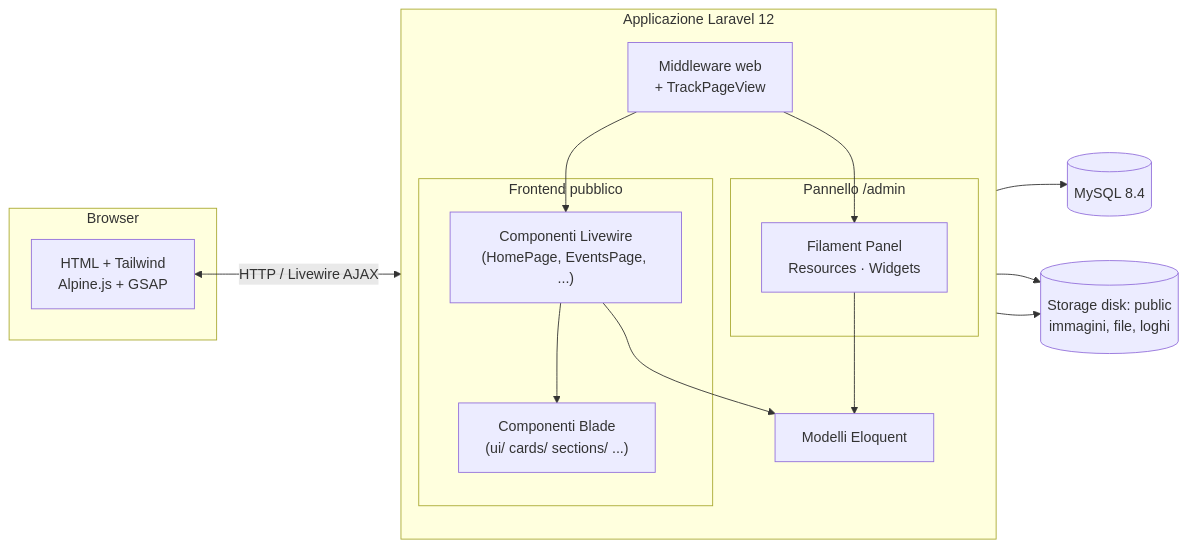
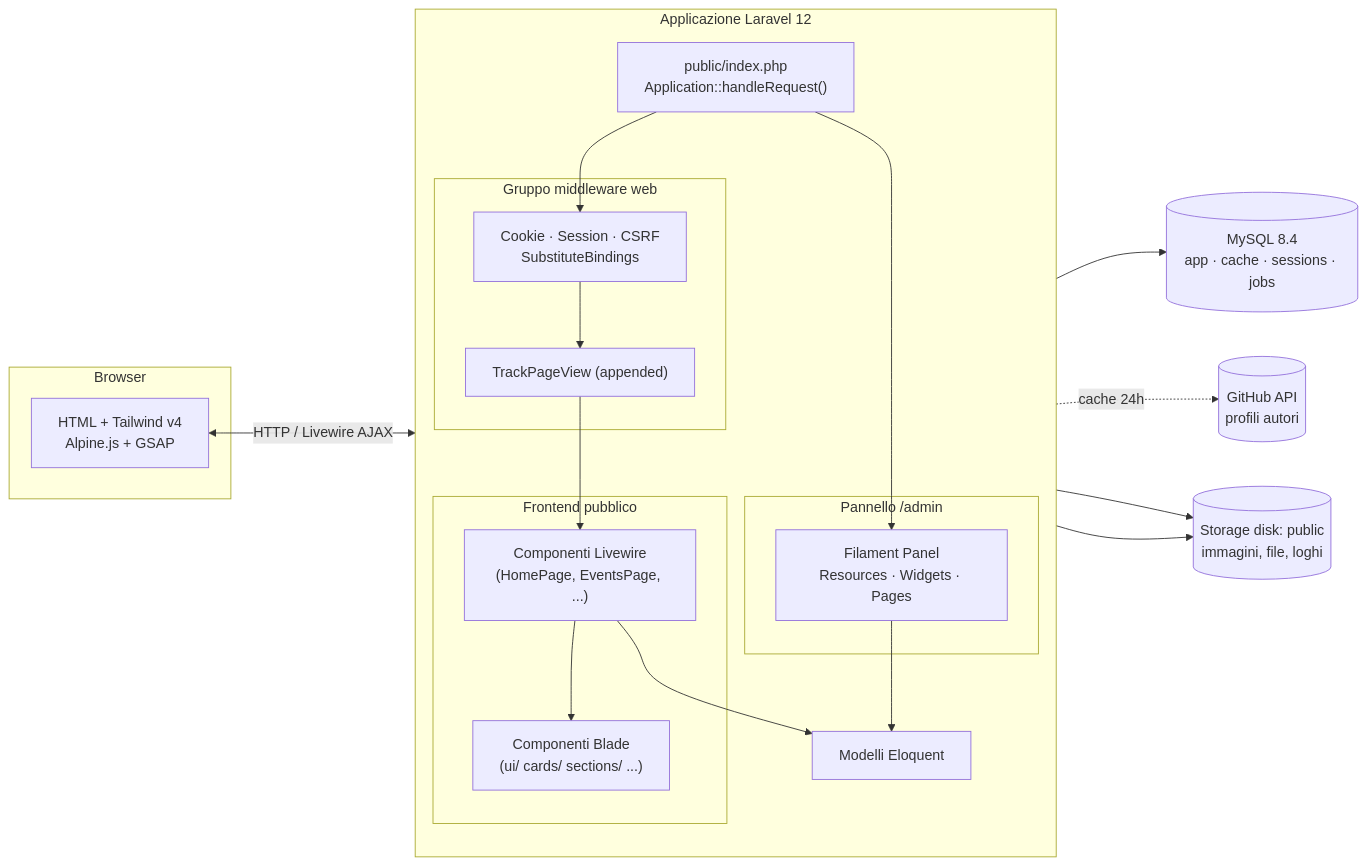
Before and after one commit to salento-dev/website: the first of 3 diagrams in docs/02_architettura/01_architettura.md, drawn with Mermaid. The commit also changed other lines of this file and 16 other files, not shown here.

````diff
--- a/docs/02_architettura/01_architettura.md
+++ b/docs/02_architettura/01_architettura.md
@@ -12,32 +12,39 @@
 ```mermaid
 flowchart LR
     subgraph Client["Browser"]
-        UI["HTML + Tailwind<br/>Alpine.js + GSAP"]
+        UI["HTML + Tailwind v4<br/>Alpine.js + GSAP"]
     end
 
     subgraph Laravel["Applicazione Laravel 12"]
         direction TB
-        MW["Middleware web<br/>+ TrackPageView"]
+        IDX["public/index.php<br/>Application::handleRequest()"]
+        subgraph MW["Gruppo middleware web"]
+            CORE["Cookie · Session · CSRF<br/>SubstituteBindings"]
+            TPV["TrackPageView (appended)"]
+        end
         subgraph Public["Frontend pubblico"]
             LW["Componenti Livewire<br/>(HomePage, EventsPage, ...)"]
             BC["Componenti Blade<br/>(ui/ cards/ sections/ ...)"]
         end
         subgraph Admin["Pannello /admin"]
-            FIL["Filament Panel<br/>Resources · Widgets"]
+            FIL["Filament Panel<br/>Resources · Widgets · Pages"]
         end
         MODELS["Modelli Eloquent"]
     end
 
-    DB[("MySQL 8.4")]
+    DB[("MySQL 8.4<br/>app · cache · sessions · jobs")]
     DISK[("Storage disk: public<br/>immagini, file, loghi")]
+    GH[("GitHub API<br/>profili autori")]
 
-    UI <-->|HTTP / Livewire AJAX| MW
-    MW --> LW
-    MW --> FIL
+    UI <-->|HTTP / Livewire AJAX| IDX
+    IDX --> CORE --> TPV
+    TPV --> LW
+    IDX --> FIL
     LW --> BC
     LW --> MODELS
     FIL --> MODELS
     MODELS --> DB
+    MODELS -.cache 24h.-> GH
     LW --> DISK
     FIL --> DISK
 ```
````
